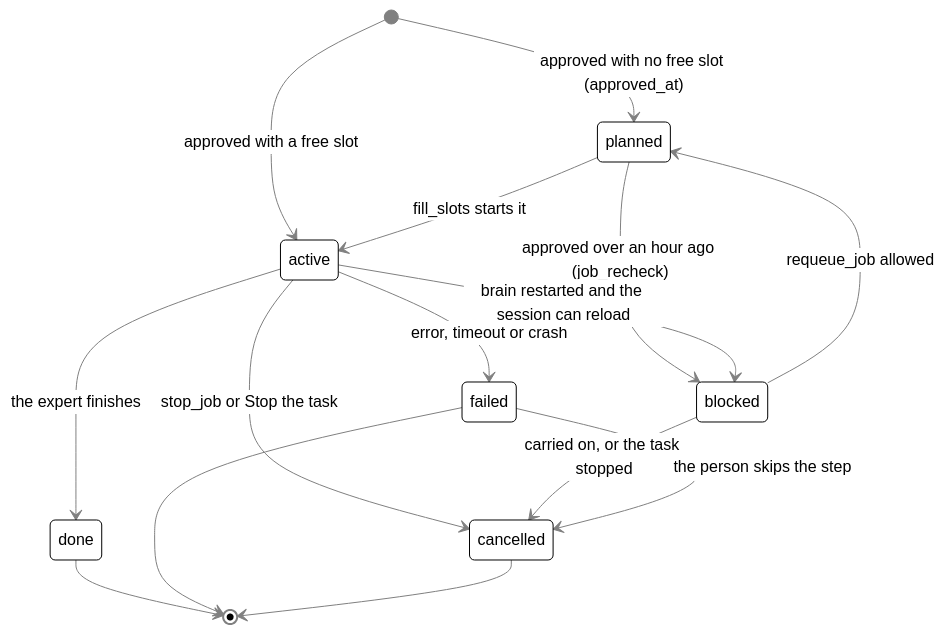
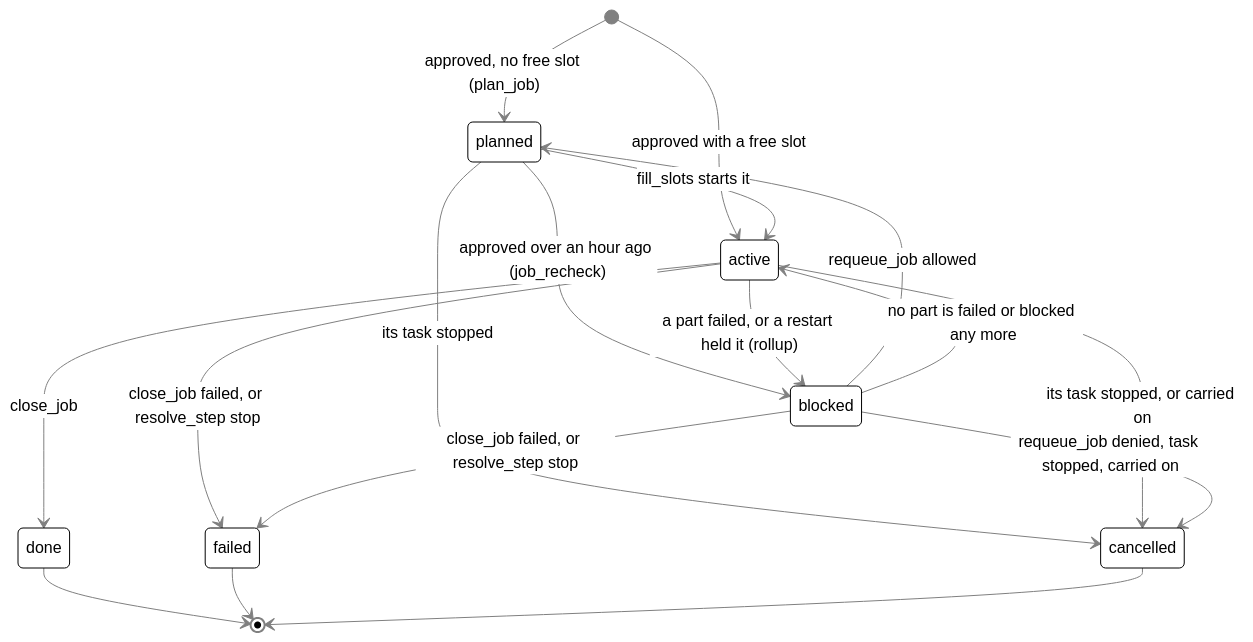
Before and after one commit to nadeem4/tagalong: the second of 6 diagrams in docs/brain/experts.md, drawn with Mermaid. The commit also changed other lines of this file and 3 other files, not shown here.

````diff
--- a/docs/brain/experts.md
+++ b/docs/brain/experts.md
@@ -247,18 +250,20 @@
 ```mermaid
 %%{init: {"theme": "base", "themeVariables": {"primaryColor": "#ffffff", "primaryTextColor": "#000000", "primaryBorderColor": "#000000", "lineColor": "#808080", "arrowheadColor": "#808080", "secondaryColor": "#f2f2f2", "tertiaryColor": "#ffffff", "clusterBkg": "#f7f7f7", "clusterBorder": "#808080", "edgeLabelBackground": "#ffffff", "titleColor": "#808080", "actorBkg": "#ffffff", "actorBorder": "#000000", "actorTextColor": "#000000", "actorLineColor": "#808080", "signalColor": "#808080", "signalTextColor": "#808080", "sequenceNumberColor": "#ffffff", "labelBoxBkgColor": "#ffffff", "labelBoxBorderColor": "#808080", "labelTextColor": "#000000", "loopTextColor": "#808080", "noteBkgColor": "#f7f7f7", "noteBorderColor": "#808080", "noteTextColor": "#000000", "activationBkgColor": "#f7f7f7", "activationBorderColor": "#808080", "fontFamily": "Segoe UI, Helvetica, Arial, sans-serif"}, "themeCSS": ".relationshipLabelBox{opacity:1} .relationshipLabelBox rect{opacity:1}"}}%%
 stateDiagram-v2
-    [*] --> planned: approved with no free slot (approved_at)
+    [*] --> planned: approved, no free slot (plan_job)
     [*] --> active: approved with a free slot
     planned --> active: fill_slots starts it
     planned --> blocked: approved over an hour ago (job_recheck)
     blocked --> planned: requeue_job allowed
-    active --> done: the expert finishes
-    active --> failed: error, timeout or crash
-    active --> blocked: brain restarted and the session can reload
-    active --> cancelled: stop_job or Stop the task
-    blocked --> cancelled: carried on, or the task stopped
-    failed --> cancelled: the person skips the step
+    active --> blocked: a part failed, or a restart held it (rollup)
+    blocked --> active: no part is failed or blocked any more
+    planned --> cancelled: its task stopped
+    active --> cancelled: its task stopped, or carried on
+    blocked --> cancelled: requeue_job denied, task stopped, carried on
+    active --> done: close_job
+    active --> failed: close_job failed, or resolve_step stop
+    blocked --> failed: close_job failed, or resolve_step stop
     done --> [*]
     failed --> [*]
     cancelled --> [*]
 ```
````
